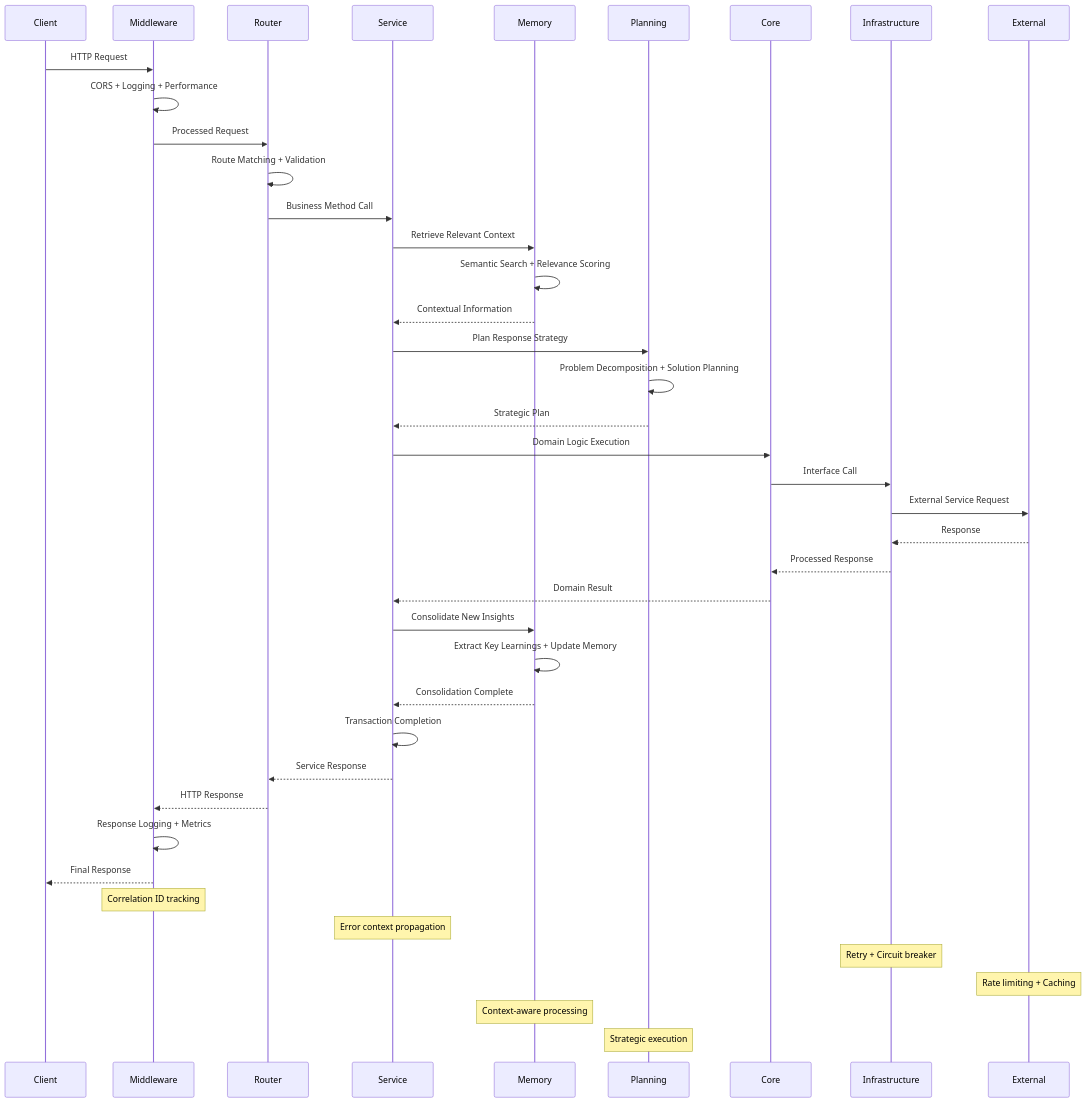
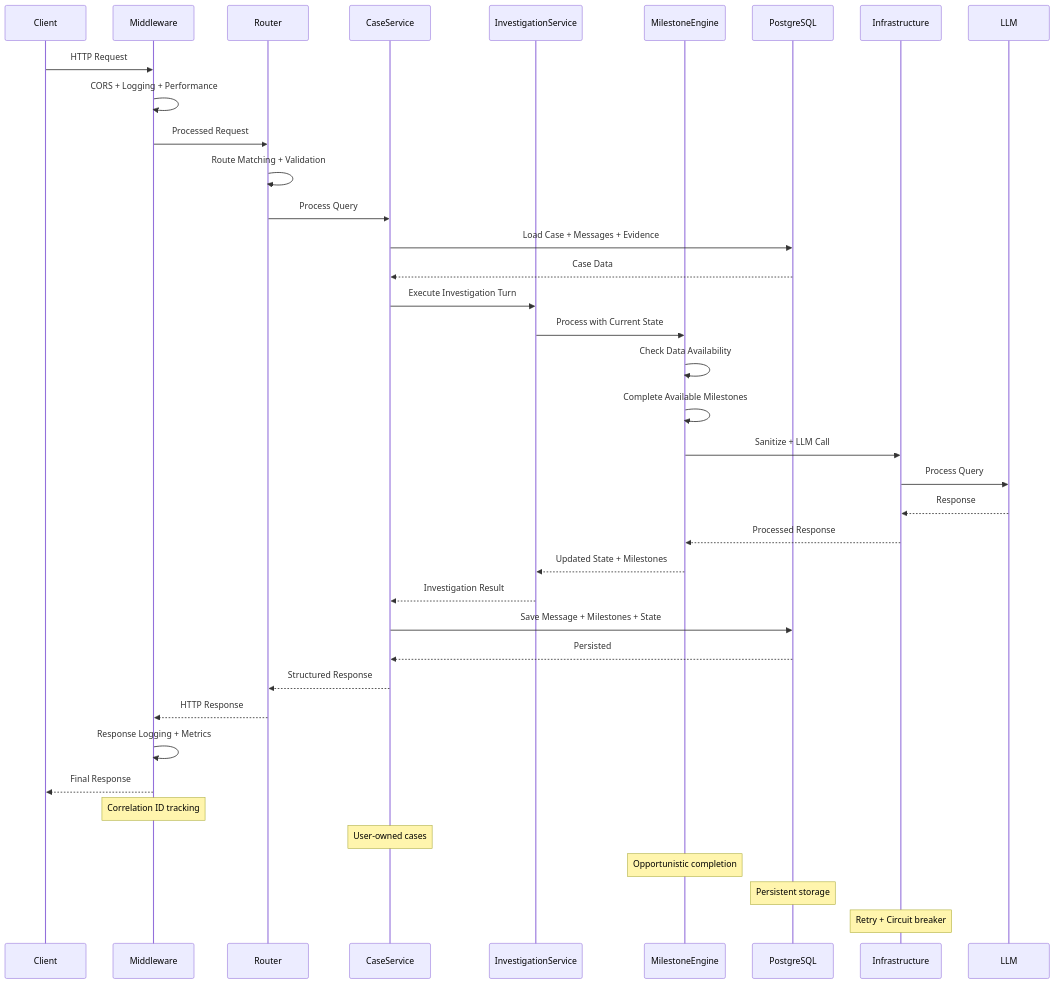
Before and after one commit to FaultMaven/FaultMaven-Mono: the sixth of 13 diagrams in docs/architecture/architecture-overview.md, drawn with Mermaid. The commit also changed other lines of this file, not shown here.

First line of the commit message:
docs: update architecture-overview.md to v3.0 for November 2025 migration

````diff
--- a/docs/architecture/architecture-overview.md
+++ b/docs/architecture/architecture-overview.md
@@ -809,53 +759,53 @@
 ```mermaid
 sequenceDiagram
     participant Client
     participant Middleware
     participant Router
-    participant Service
-    participant Memory
-    participant Planning
-    participant Core
+    participant CaseService
+    participant InvestigationService
+    participant MilestoneEngine
+    participant PostgreSQL
     participant Infrastructure
-    participant External
-    
+    participant LLM
+
     Client->>Middleware: HTTP Request
     Middleware->>Middleware: CORS + Logging + Performance
     Middleware->>Router: Processed Request
     Router->>Router: Route Matching + Validation
-    Router->>Service: Business Method Call
-    
-    %% Memory and Context Retrieval
-    Service->>Memory: Retrieve Relevant Context
-    Memory->>Memory: Semantic Search + Relevance Scoring
-    Memory-->>Service: Contextual Information
-    
-    %% Strategic Planning
-    Service->>Planning: Plan Response Strategy
-    Planning->>Planning: Problem Decomposition + Solution Planning
-    Planning-->>Service: Strategic Plan
-    
-    Service->>Core: Domain Logic Execution
-    Core->>Infrastructure: Interface Call
-    Infrastructure->>External: External Service Request
-    External-->>Infrastructure: Response
-    Infrastructure-->>Core: Processed Response
-    Core-->>Service: Domain Result
-    
-    %% Memory Consolidation
-    Service->>Memory: Consolidate New Insights
-    Memory->>Memory: Extract Key Learnings + Update Memory
-    Memory-->>Service: Consolidation Complete
-    
-    Service->>Service: Transaction Completion
-    Service-->>Router: Service Response
+    Router->>CaseService: Process Query
+
+    %% Load Case from PostgreSQL
+    CaseService->>PostgreSQL: Load Case + Messages + Evidence
+    PostgreSQL-->>CaseService: Case Data
+
+    %% Investigation Processing
+    CaseService->>InvestigationService: Execute Investigation Turn
+    InvestigationService->>MilestoneEngine: Process with Current State
+    MilestoneEngine->>MilestoneEngine: Check Data Availability
+    MilestoneEngine->>MilestoneEngine: Complete Available Milestones
+
+    %% LLM Processing
+    MilestoneEngine->>Infrastructure: Sanitize + LLM Call
+    Infrastructure->>LLM: Process Query
+    LLM-->>Infrastructure: Response
+    Infrastructure-->>MilestoneEngine: Processed Response
+
+    %% State Update
+    MilestoneEngine-->>InvestigationService: Updated State + Milestones
+    InvestigationService-->>CaseService: Investigation Result
+
+    %% Persist to PostgreSQL
+    CaseService->>PostgreSQL: Save Message + Milestones + State
+    PostgreSQL-->>CaseService: Persisted
+
+    CaseService-->>Router: Structured Response
     Router-->>Middleware: HTTP Response
     Middleware->>Middleware: Response Logging + Metrics
     Middleware-->>Client: Final Response
-    
+
     Note over Middleware: Correlation ID tracking
-    Note over Service: Error context propagation
+    Note over CaseService: User-owned cases
+    Note over MilestoneEngine: Opportunistic completion
+    Note over PostgreSQL: Persistent storage
     Note over Infrastructure: Retry + Circuit breaker
-    Note over External: Rate limiting + Caching
-    Note over Memory: Context-aware processing
-    Note over Planning: Strategic execution
 ```
````
